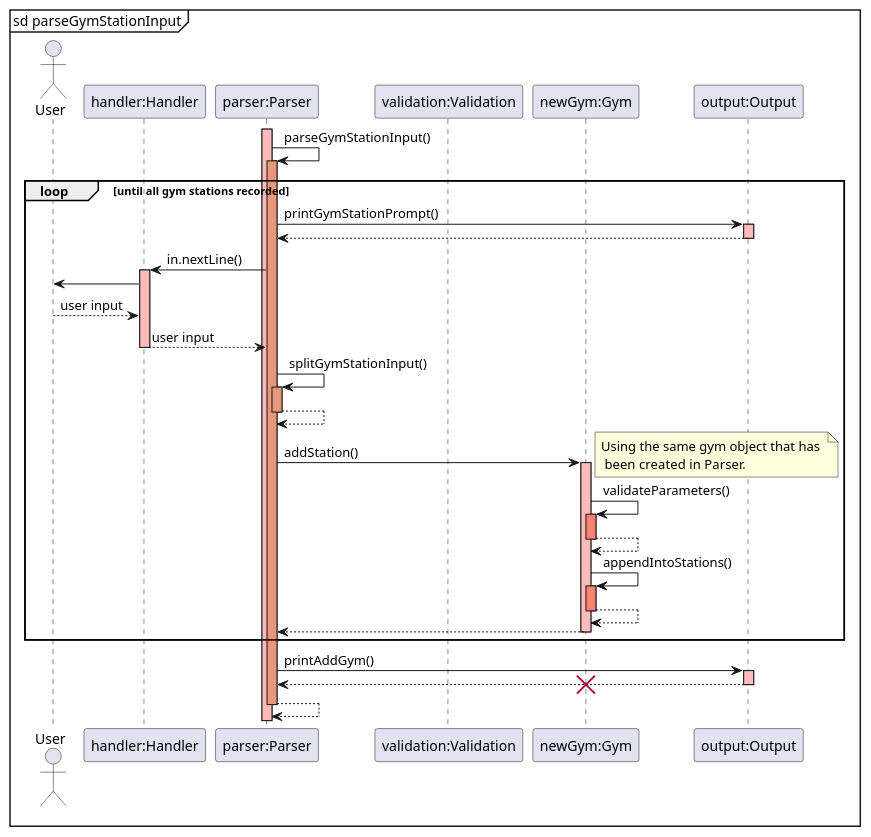
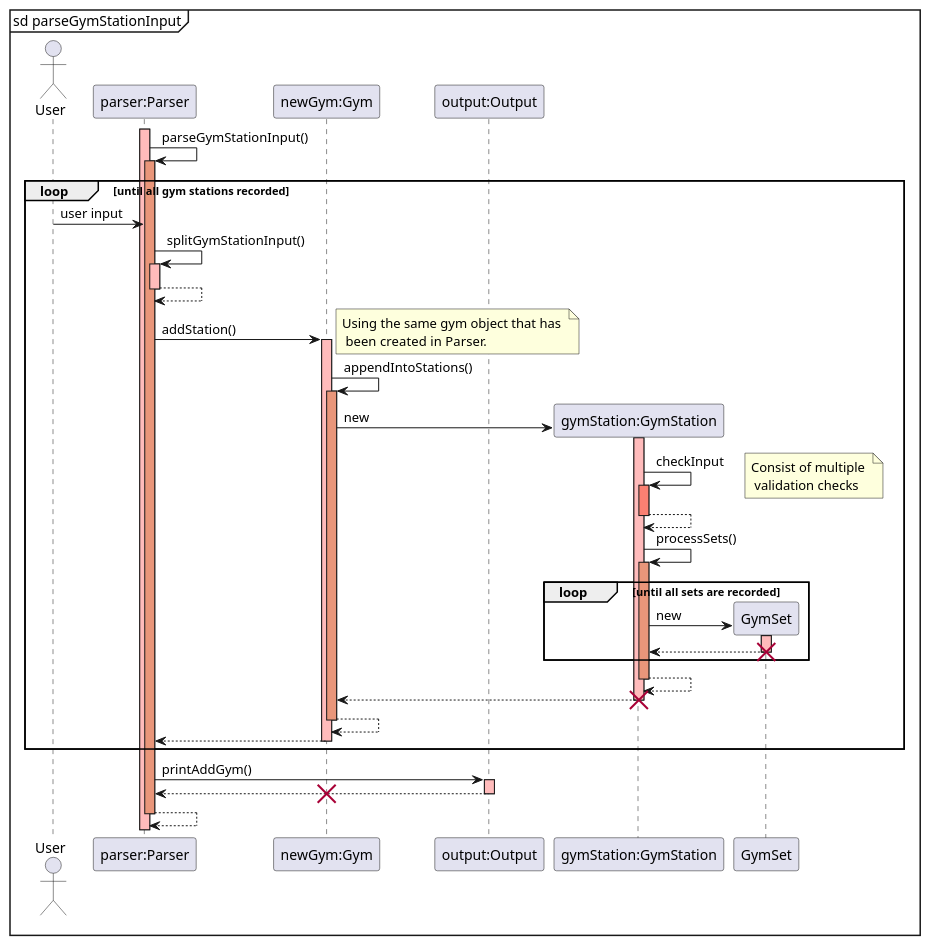
Before and after one commit to rouvinerh/tp: the diagram in docs/puml/sequence_diagrams/gym_station_sequence.puml, drawn with PlantUML. The commit also changed 9 other files, not shown here.

Commit message:
touch up sequence diagram

```diff
--- a/docs/puml/sequence_diagrams/gym_station_sequence.puml
+++ b/docs/puml/sequence_diagrams/gym_station_sequence.puml
@@ -1,55 +1,71 @@
 @startuml
 mainframe sd parseGymStationInput
 actor User
-participant "handler:Handler" as Handler
 participant "parser:Parser" as Parser
-participant "validation:Validation" as Validation
 participant "newGym:Gym" as Gym
 participant "output:Output" as Output
+participant "gymStation:GymStation" as GymStation
 
 activate Parser  #FFBBBB
+
 Parser -> Parser : parseGymStationInput()
     activate Parser #DarkSalmon
         loop until all gym stations recorded
-            Parser -> Output : printGymStationPrompt()
-            activate Output #FFBBBB
-            Output --> Parser : 
-            deactivate Output #DarkSalmon
 
-            Parser -> Handler: in.nextLine()
-            activate Handler #FFBBBB
-            Handler -> User:
-            User --> Handler: user input
-            Handler --> Parser: user input
-            deactivate Handler #FFBBBB
+            User -> Parser: user input
             Parser -> Parser: splitGymStationInput()
-            activate Parser #DarkSalmon
+            activate Parser #FFBBBB
             Parser --> Parser:
 
             deactivate Parser #DarkSalmon
 
             Parser -> Gym: addStation() 
             note right : Using the same gym object that has \n been created in Parser.
 
             activate Gym #FFBBBB
 
-            Gym -> Gym: validateParameters()
-            activate Gym #Salmon
-            Gym --> Gym: 
-            deactivate Gym #Salmon
+            Gym -> Gym : appendIntoStations()
+            activate Gym #DarkSalmon
+                Gym -> GymStation **: new
+                activate GymStation #FFBBBB
 
-            Gym -> Gym : appendIntoStations()
-            activate Gym #Salmon
+                GymStation -> GymStation: checkInput
+                note right: Consist of multiple \n validation checks
+                activate GymStation #Salmon
+                GymStation --> GymStation:
+                deactivate GymStation #Salmon
+
+                GymStation -> GymStation : processSets()
+                activate GymStation #DarkSalmon
+
+                    loop until all sets are recorded
+                        GymStation -> GymSet **: new 
+                        activate GymSet #FFBBBB
+                        GymSet --> GymStation:
+                        deactivate GymSet #FFBBBB
+                        destroy GymSet
+
+                    end
+
+
+                GymStation --> GymStation
+                deactivate GymStation #DarkSalmon
+
+
+                GymStation --> Gym: 
+                deactivate GymStation #FFBBBB
+                destroy GymStation
+
             Gym --> Gym : 
-            deactivate Gym #Salmon
+            deactivate Gym #DarkSalmon
             Gym --> Parser:
             deactivate Gym #FFBBBB
         end
     Parser -> Output: printAddGym()
     activate Output #FFBBBB
     Output --> Parser:
     destroy Gym
     deactivate Output
     Parser --> Parser :
     deactivate Parser #DarkSalmon
 @enduml
```
